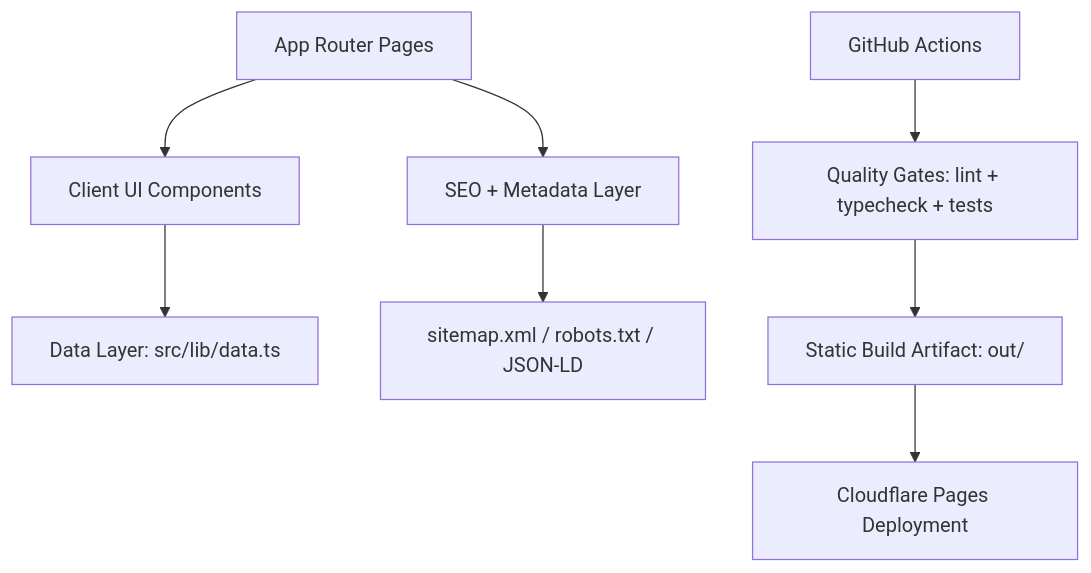
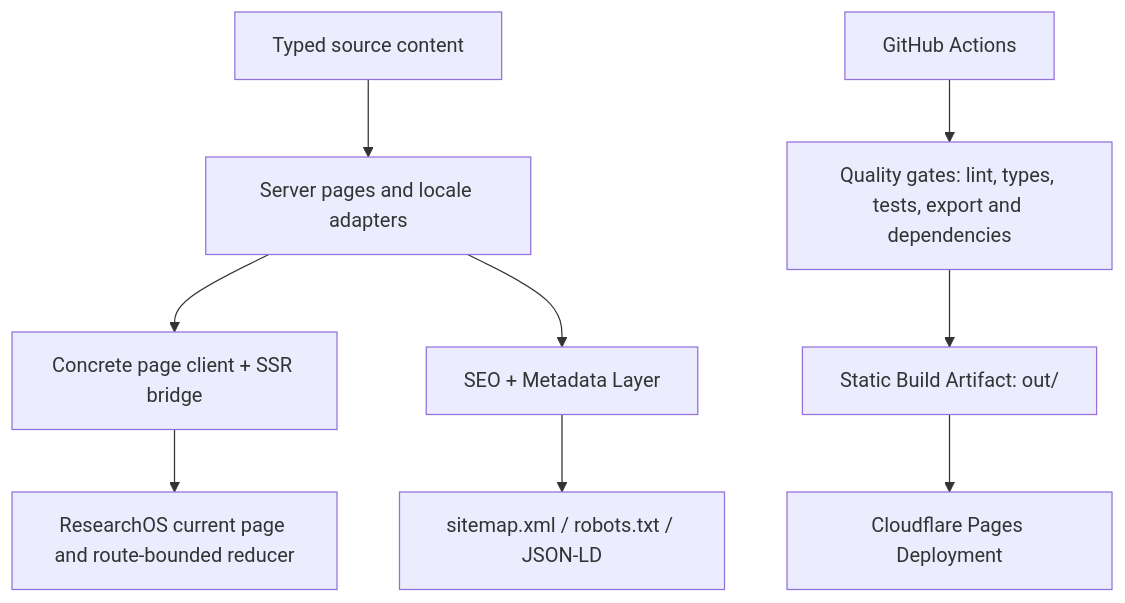
Before and after one commit to Raoof128/Portfolio: the diagram in README.md, drawn with Mermaid. The commit also changed other lines of this file and 203 other files, not shown here.

````diff
--- a/README.md
+++ b/README.md
@@ -25,10 +28,11 @@
 ```mermaid
 flowchart TD
-  A["App Router Pages"] --> B["Client UI Components"]
-  B --> C["Data Layer: src/lib/data.ts"]
+  C["Typed source content"] --> A["Server pages and locale adapters"]
+  A --> B["Concrete page client + SSR bridge"]
+  B --> W["ResearchOS current page and route-bounded reducer"]
   A --> D["SEO + Metadata Layer"]
   D --> E["sitemap.xml / robots.txt / JSON-LD"]
-  F["GitHub Actions"] --> G["Quality Gates: lint + typecheck + tests"]
+  F["GitHub Actions"] --> G["Quality gates: lint, types, tests, export and dependencies"]
   G --> H["Static Build Artifact: out/"]
   H --> I["Cloudflare Pages Deployment"]
 ```
````
